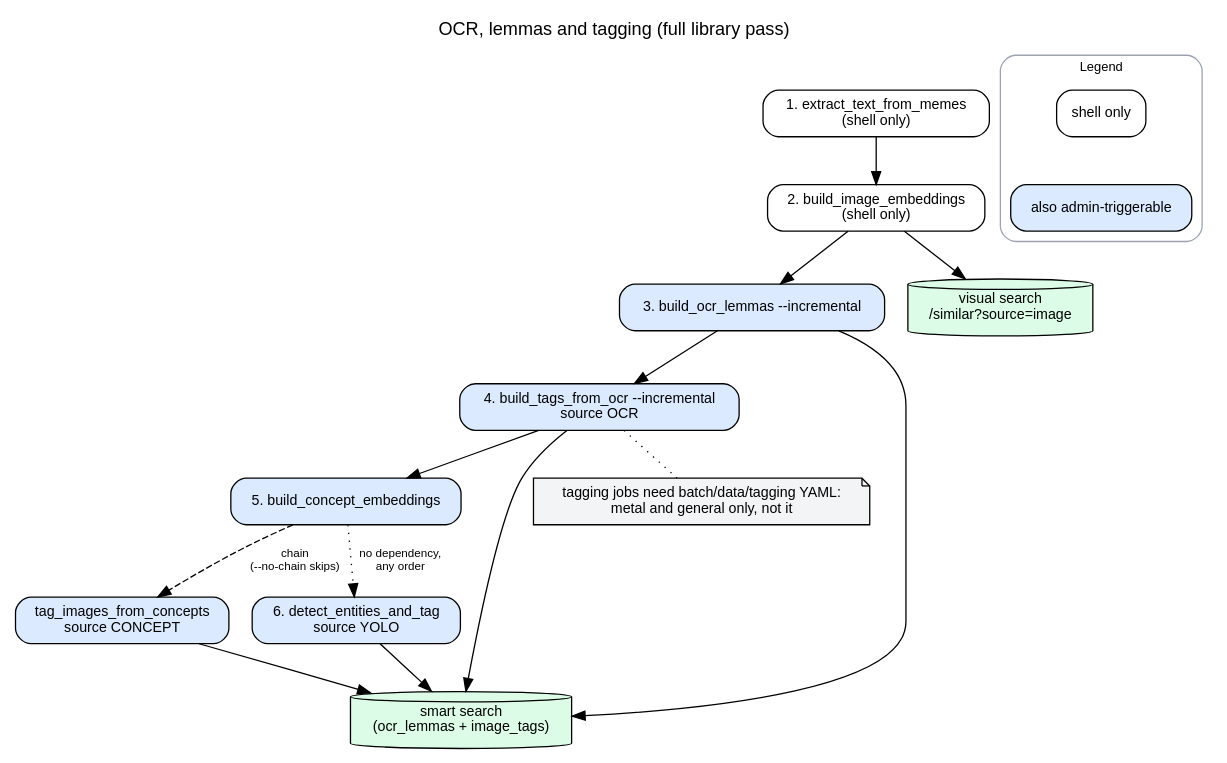
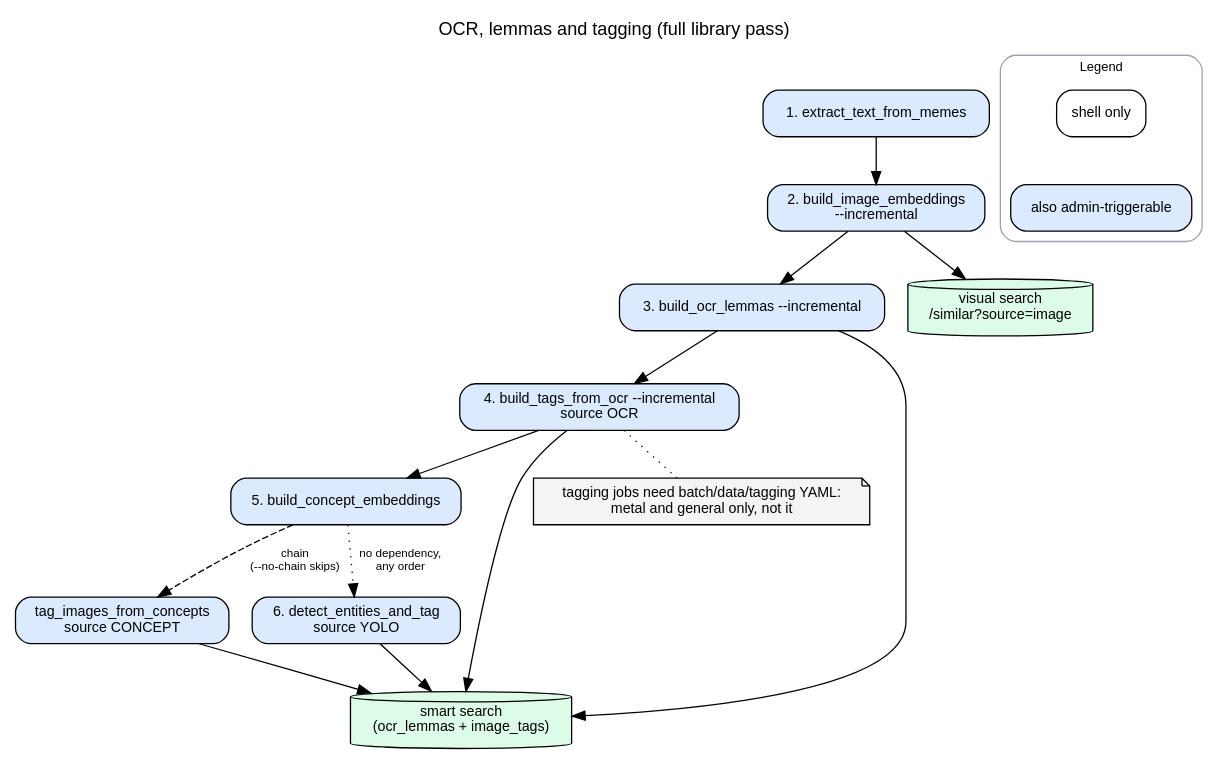
One commit to wtain/memes changed the diagram in docs/batches/diagrams/tagging-and-lemmas.dot. Above: the diagram before and after it, drawn with Graphviz. The commit also changed 10 other files, not shown here.

First line of the commit message:
docs(batches): reflect tracked OCR/embeddings, busy-child behaviour; fix move_reference_duplicates description

```diff
--- a/docs/batches/diagrams/tagging-and-lemmas.dot
+++ b/docs/batches/diagrams/tagging-and-lemmas.dot
@@ -1,32 +1,32 @@
 // OCR, embeddings, lemmas and tags for the active library.
 digraph tagging {
   rankdir=TB; fontname="Helvetica"; labelloc=t;
   label="OCR, lemmas and tagging (full library pass)";
   node [fontname="Helvetica" fontsize=11 shape=box style="rounded,filled" fillcolor="#ffffff"];
   edge [fontname="Helvetica" fontsize=9];
 
-  ocr [label="1. extract_text_from_memes\n(shell only)"];
-  clip [label="2. build_image_embeddings\n(shell only)"];
+  ocr [label="1. extract_text_from_memes" fillcolor="#dbeafe"];
+  clip [label="2. build_image_embeddings\n--incremental" fillcolor="#dbeafe"];
   lem [label="3. build_ocr_lemmas --incremental" fillcolor="#dbeafe"];
   tocr [label="4. build_tags_from_ocr --incremental\nsource OCR" fillcolor="#dbeafe"];
   ce [label="5. build_concept_embeddings" fillcolor="#dbeafe"];
   tc [label="tag_images_from_concepts\nsource CONCEPT" fillcolor="#dbeafe"];
   yolo [label="6. detect_entities_and_tag\nsource YOLO" fillcolor="#dbeafe"];
   search [shape=cylinder fillcolor="#dcfce7" label="smart search\n(ocr_lemmas + image_tags)"];
   sim [shape=cylinder fillcolor="#dcfce7" label="visual search\n/similar?source=image"];
   note [shape=note fillcolor="#f3f4f6" label="tagging jobs need batch/data/tagging YAML:\nmetal and general only, not it"];
 
   ocr -> clip -> lem -> tocr -> ce;
   ce -> yolo [style=dotted label="no dependency,\nany order"];
   ce -> tc [style=dashed label="chain\n(--no-chain skips)"];
   lem -> search; tocr -> search; tc -> search; yolo -> search;
   clip -> sim;
   tocr -> note [style=dotted arrowhead=none];
 
   subgraph cluster_legend {
     label="Legend"; style=rounded; color="#9ca3af"; fontsize=10;
     l1 [label="shell only"];
     l2 [label="also admin-triggerable" fillcolor="#dbeafe"];
     l1 -> l2 [style=invis];
   }
 }
```
